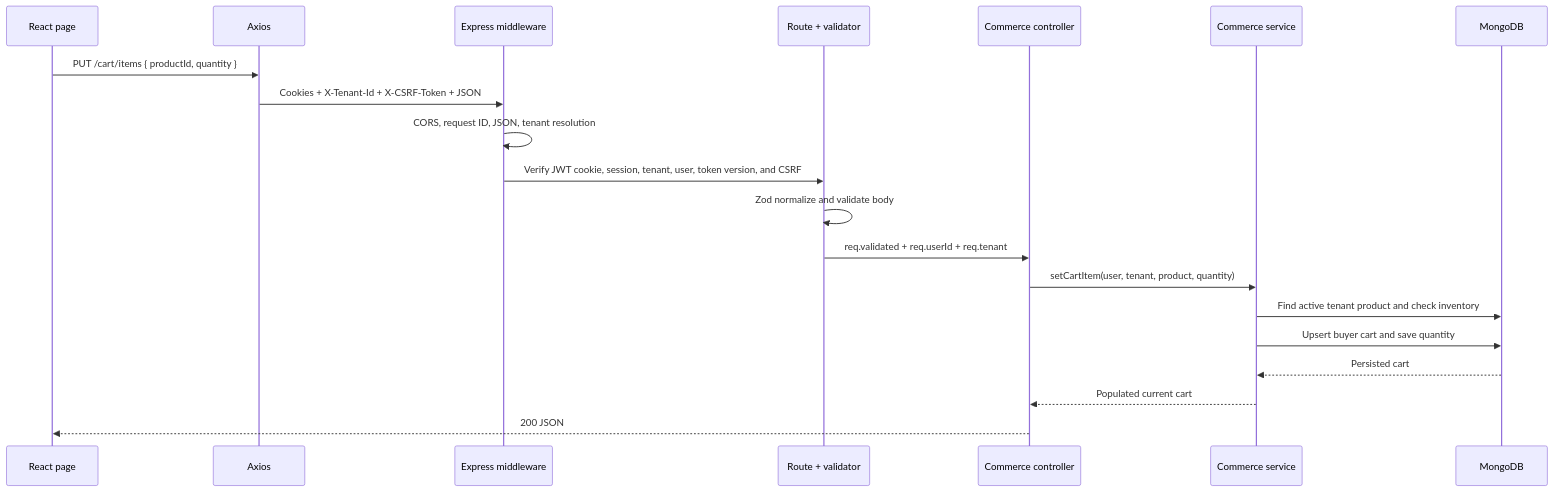
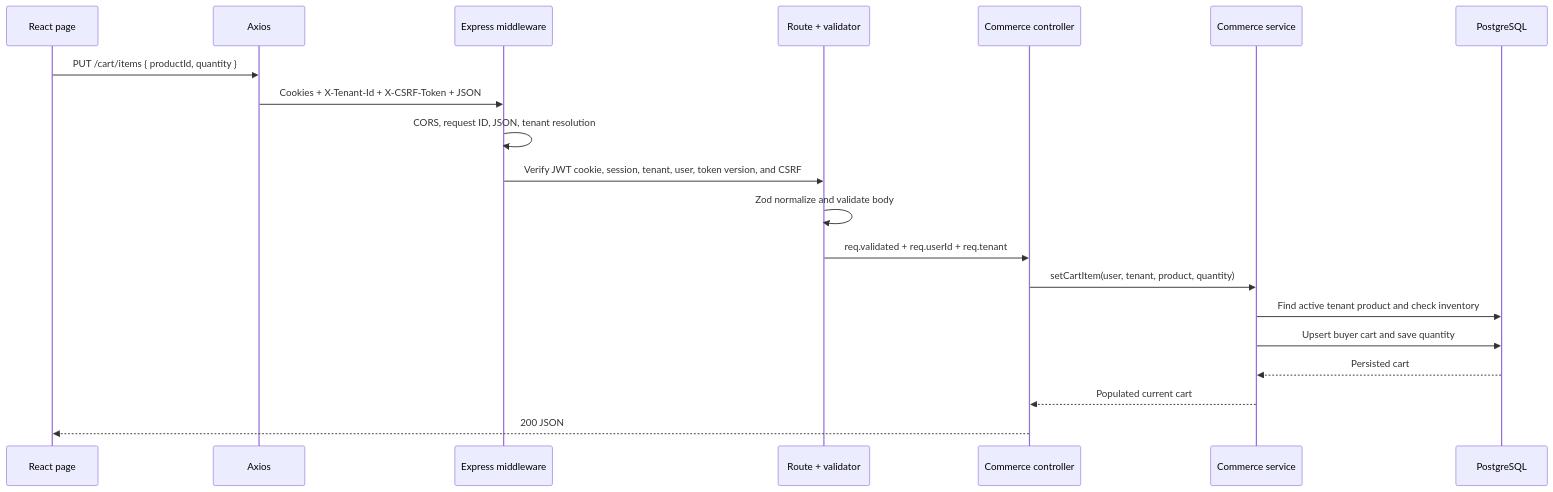
The second of 3 diagrams in docs/project-overview.md (viniciuspizettadesouza/ufsc-dso2-trabalho1-mercadozetta), drawn with Mermaid before and after one commit. The commit also changed other lines of this file and 112 other files, not shown here.

Commit message:
refactor: migrate persistence fully to PostgreSQL

````diff
--- a/docs/project-overview.md
+++ b/docs/project-overview.md
@@ -128,23 +130,23 @@
 ```mermaid
 sequenceDiagram
     participant UI as React page
     participant HTTP as Axios
     participant MW as Express middleware
     participant Route as Route + validator
     participant Controller as Commerce controller
     participant Service as Commerce service
-    participant DB as MongoDB
+    participant DB as PostgreSQL
 
     UI->>HTTP: PUT /cart/items { productId, quantity }
     HTTP->>MW: Cookies + X-Tenant-Id + X-CSRF-Token + JSON
     MW->>MW: CORS, request ID, JSON, tenant resolution
     MW->>Route: Verify JWT cookie, session, tenant, user, token version, and CSRF
     Route->>Route: Zod normalize and validate body
     Route->>Controller: req.validated + req.userId + req.tenant
     Controller->>Service: setCartItem(user, tenant, product, quantity)
     Service->>DB: Find active tenant product and check inventory
     Service->>DB: Upsert buyer cart and save quantity
     DB-->>Service: Persisted cart
     Service-->>Controller: Populated current cart
     Controller-->>UI: 200 JSON
 ```
````
